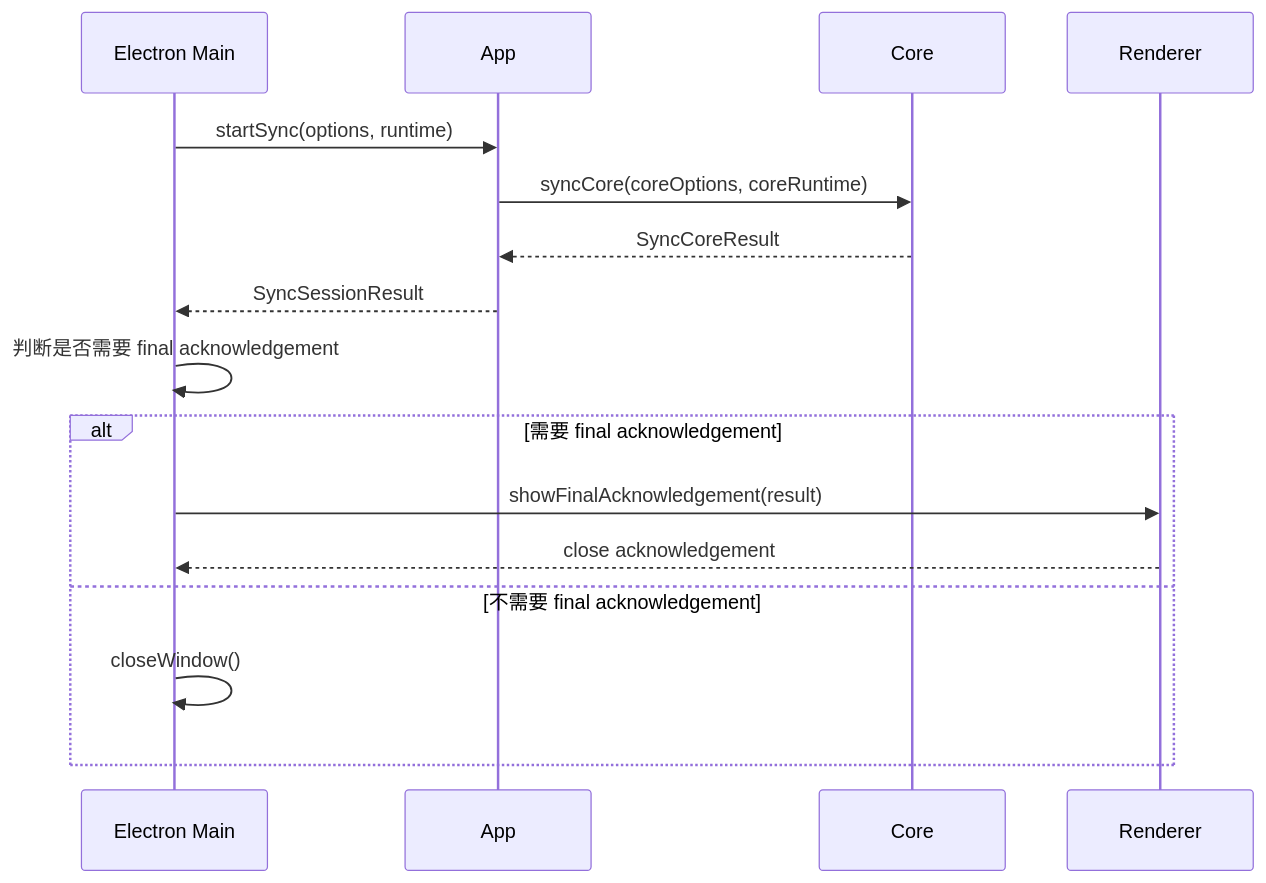
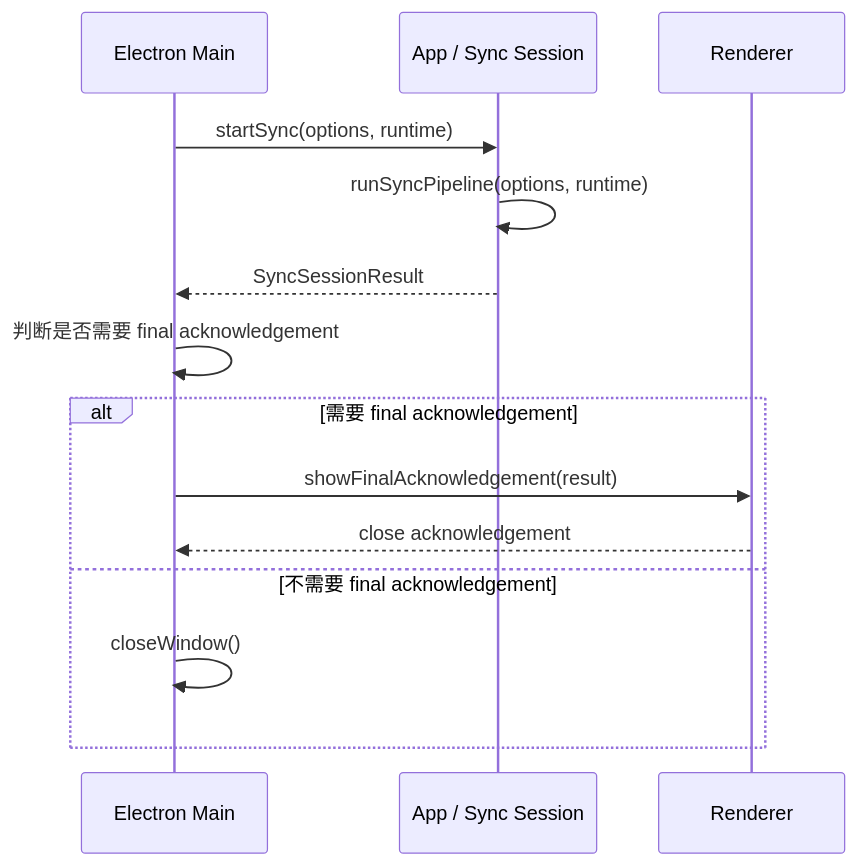
The tenth of 15 diagrams in docs/Flows.md (agalloch21/sync-with-rclone), drawn with Mermaid before and after one commit. The commit also changed other lines of this file and 29 other files, not shown here.

````diff
--- a/docs/Flows.md
+++ b/docs/Flows.md
@@ -266,19 +260,17 @@
 ```mermaid
 sequenceDiagram
   participant E as Electron Main
-  participant A as App
-  participant C as Core
+  participant A as App / Sync Session
   participant R as Renderer
 
   E->>A: startSync(options, runtime)
-  A->>C: syncCore(coreOptions, coreRuntime)
-  C-->>A: SyncCoreResult
+  A->>A: runSyncPipeline(options, runtime)
   A-->>E: SyncSessionResult
   E->>E: 判断是否需要 final acknowledgement
   alt 需要 final acknowledgement
     E->>R: showFinalAcknowledgement(result)
     R-->>E: close acknowledgement
   else 不需要 final acknowledgement
     E->>E: closeWindow()
   end
 ```
````
